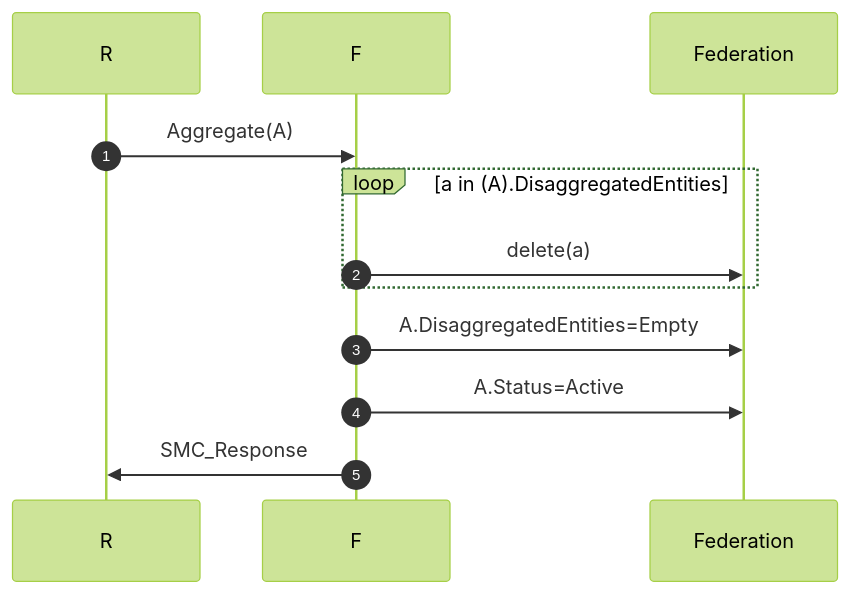
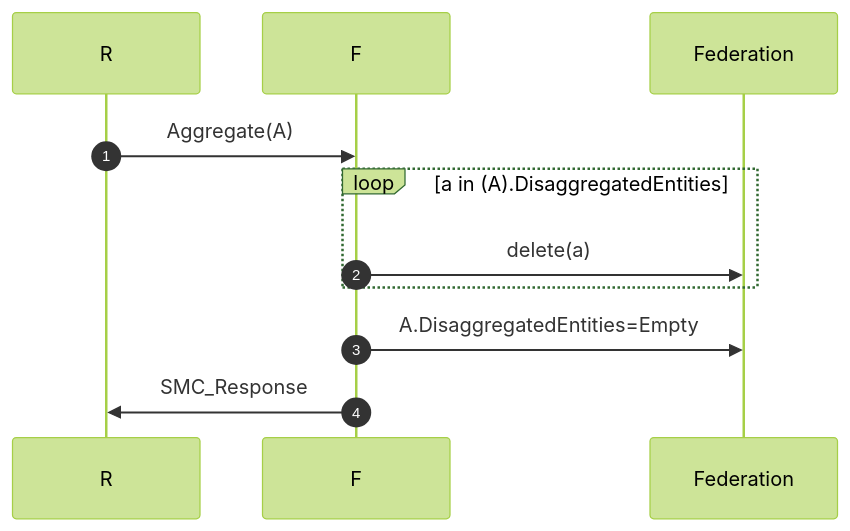
The fifth of 9 diagrams in modules/NETN-MRM/NETN-MRM.md (AMSP-04/NETN-FOM), drawn with Mermaid (forest theme) before and after one commit. The commit also changed other lines of this file and 2 other files, not shown here.

````diff
--- a/modules/NETN-MRM/NETN-MRM.md
+++ b/modules/NETN-MRM/NETN-MRM.md
@@ -166,14 +157,13 @@
 ```mermaid
 sequenceDiagram
 autonumber
 
 R->>F: Aggregate(A)
 loop a in (A).DisaggregatedEntities
 F->>Federation: delete(a)
 end
 F->>Federation: A.DisaggregatedEntities=Empty
-F->>Federation: A.Status=Active
 
 F->>R: SMC_Response
 
 ```
````
